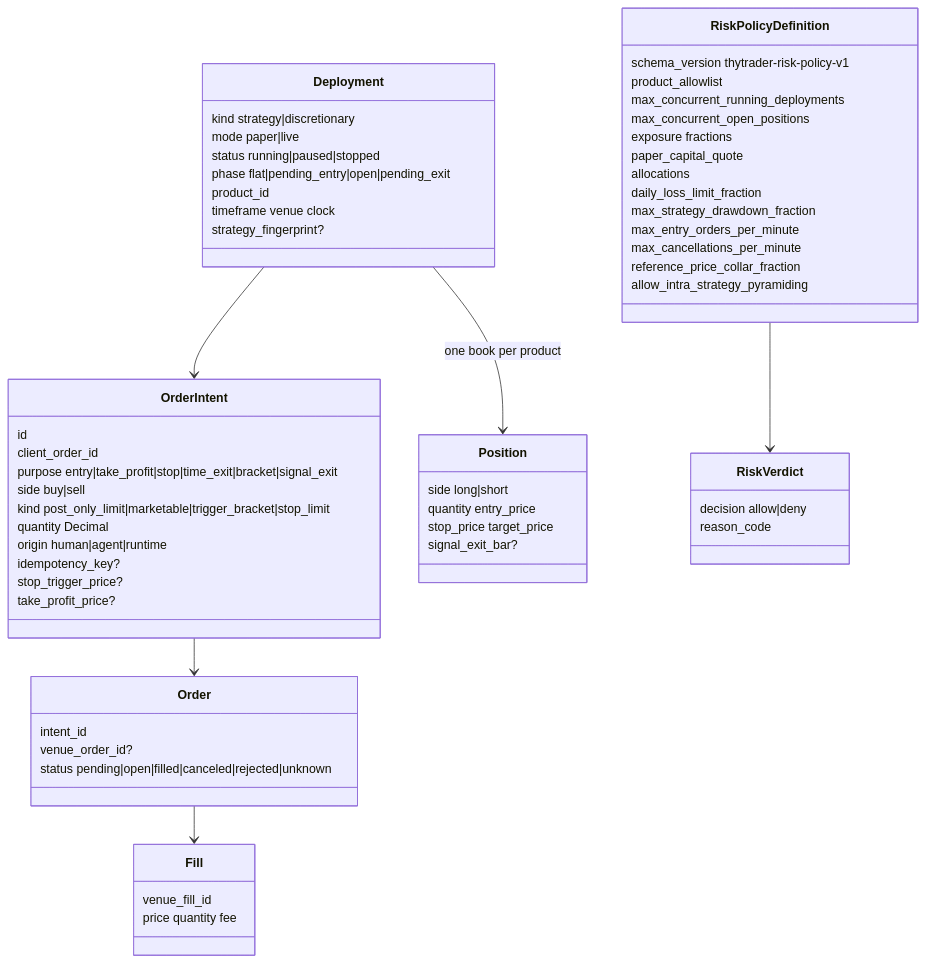
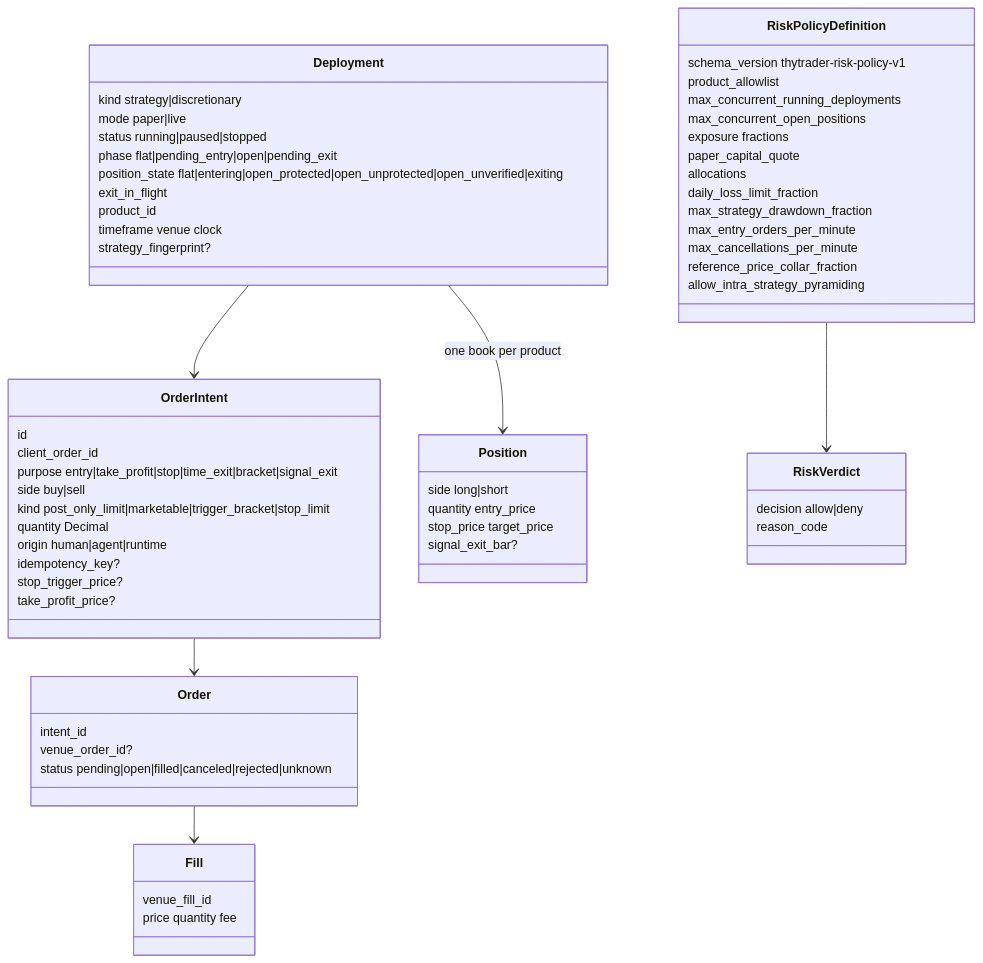
Before and after one commit to Zoltesh/thytrader: the second of 4 diagrams in docs/architecture/contracts/execution.md, drawn with Mermaid. The commit also changed 40 other files, not shown here.

````diff
--- a/docs/architecture/contracts/execution.md
+++ b/docs/architecture/contracts/execution.md
@@ -36,63 +36,65 @@
 ```mermaid
 classDiagram
   class Deployment {
     kind strategy|discretionary
     mode paper|live
     status running|paused|stopped
     phase flat|pending_entry|open|pending_exit
+    position_state flat|entering|open_protected|open_unprotected|open_unverified|exiting
+    exit_in_flight
     product_id
     timeframe venue clock
     strategy_fingerprint?
   }
   class OrderIntent {
     id
     client_order_id
     purpose entry|take_profit|stop|time_exit|bracket|signal_exit
     side buy|sell
     kind post_only_limit|marketable|trigger_bracket|stop_limit
     quantity Decimal
     origin human|agent|runtime
     idempotency_key?
     stop_trigger_price?
     take_profit_price?
   }
   class Order {
     intent_id
     venue_order_id?
     status pending|open|filled|canceled|rejected|unknown
   }
   class Fill {
     venue_fill_id
     price quantity fee
   }
   class Position {
     side long|short
     quantity entry_price
     stop_price target_price
     signal_exit_bar?
   }
   class RiskPolicyDefinition {
     schema_version thytrader-risk-policy-v1
     product_allowlist
     max_concurrent_running_deployments
     max_concurrent_open_positions
     exposure fractions
     paper_capital_quote
     allocations
     daily_loss_limit_fraction
     max_strategy_drawdown_fraction
     max_entry_orders_per_minute
     max_cancellations_per_minute
     reference_price_collar_fraction
     allow_intra_strategy_pyramiding
   }
   class RiskVerdict {
     decision allow|deny
     reason_code
   }
   Deployment --> OrderIntent
   OrderIntent --> Order
   Order --> Fill
   Deployment --> Position : one book per product
   RiskPolicyDefinition --> RiskVerdict
 ```
````
